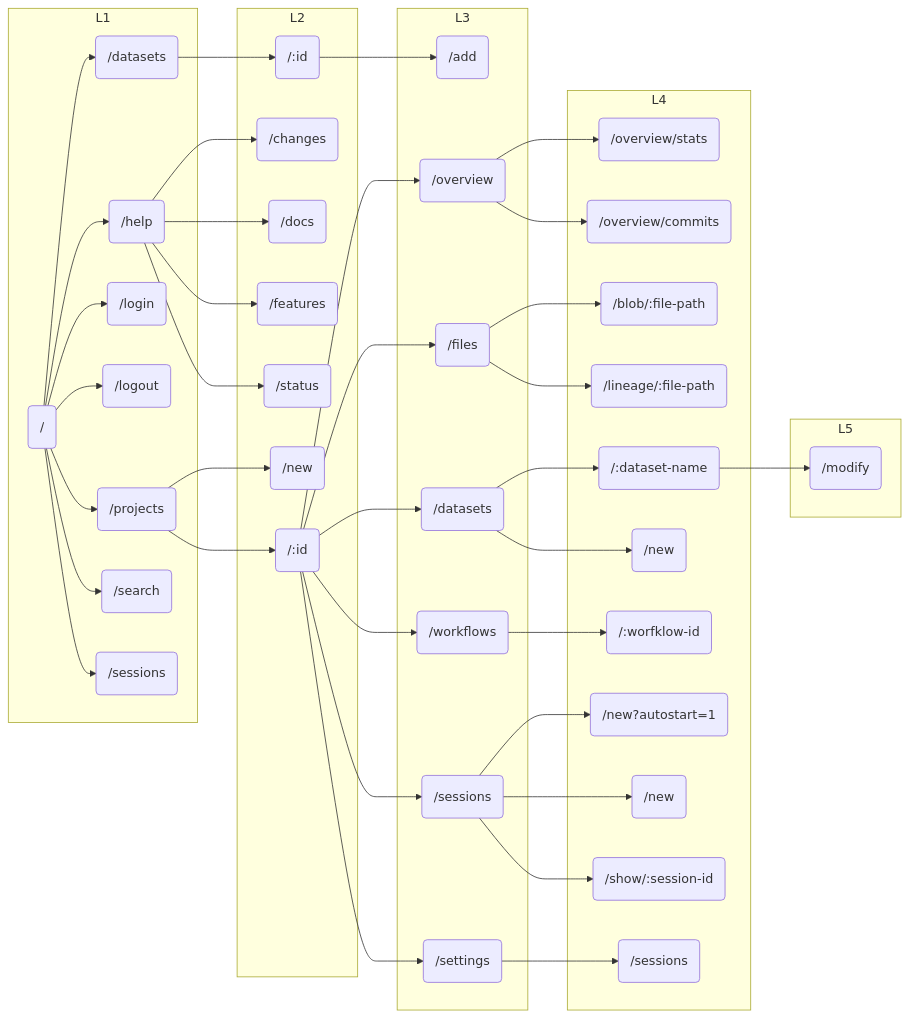
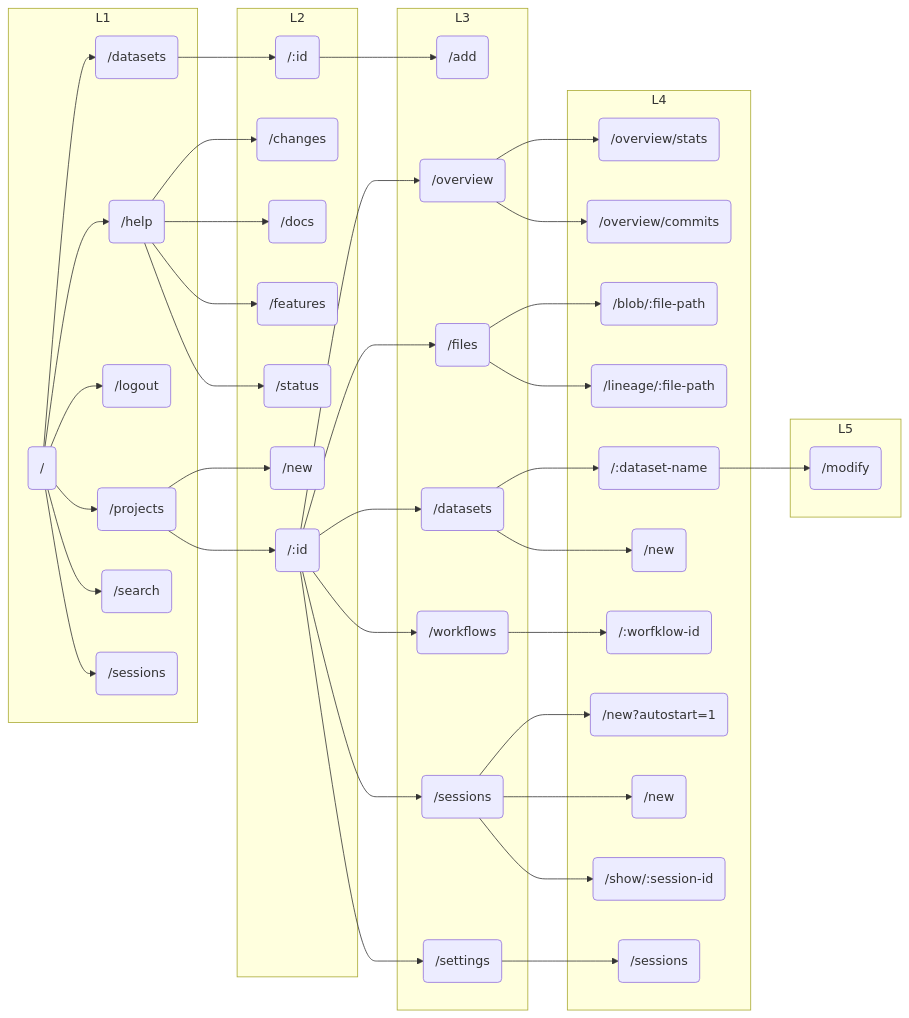
One commit to SwissDataScienceCenter/renku-ui changed the first of 2 diagrams in README.md. Above: the diagram before and after it, drawn with Mermaid. The commit also changed 2 other files, not shown here.

Commit message:
leftovers

````diff
--- a/README.md
+++ b/README.md
@@ -458,46 +458,45 @@
 ```mermaid
 flowchart LR
       subgraph L1
         A(/)-->DA(/datasets)
         A-->HE(/help)
-        A-->LO(/login)
         A-->LOOUT(/logout)
         A-->PR(/projects)
         A-->SEA(/search)
         A-->SE(/sessions)
       end
       subgraph L2
         PR-->PR1(/new)
         PR-->PRID(/:id)
         DA-->DAID(/:id)
         HE-->HE1(/changes)
         HE-->HE2(/docs)
         HE-->HE3(/features)
         HE-->HE4(/status)
       end
       subgraph L3
         PRID-->PRID1(/overview)
         PRID-->PRFI(/files)
         DAID-->DAID1(/add)
         PRID-->PRIDDA(/datasets)
         PRID-->PRID_WORKFLOWS(/workflows)
         PRID-->PRSE(/sessions)
         PRID-->PRID_SETTINGS(/settings)
         end
         subgraph L4
         PRID1-->PRID11(/overview/stats)
         PRID1-->PRID12(/overview/commits)
         PRFI-->PRFI1(/blob/:file-path)
         PRFI-->PRFI2(/lineage/:file-path)
         PRIDDA-->PRIDDA1(/:dataset-name)
         PRIDDA-->PRIDDA2(/new)
         PRID_WORKFLOWS-->PRID_WORKFLOWS_ID(/:worfklow-id)
         PRSE-->PRSE1(/new?autostart=1)
         PRSE-->PRSE2(/new)
         PRSE-->PRSE3(/show/:session-id)
         PRID_SETTINGS-->PRID_SETTINGS_SESSIONS(/sessions)
         end
         subgraph L5
         PRIDDA1-->PRIDDA11(/modify)
         end
 ```
````
